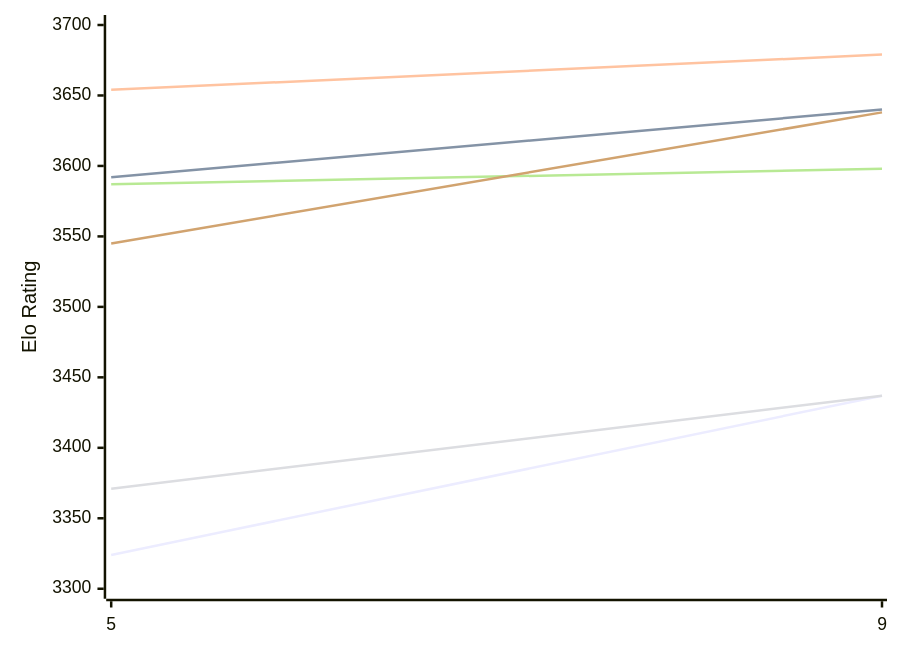
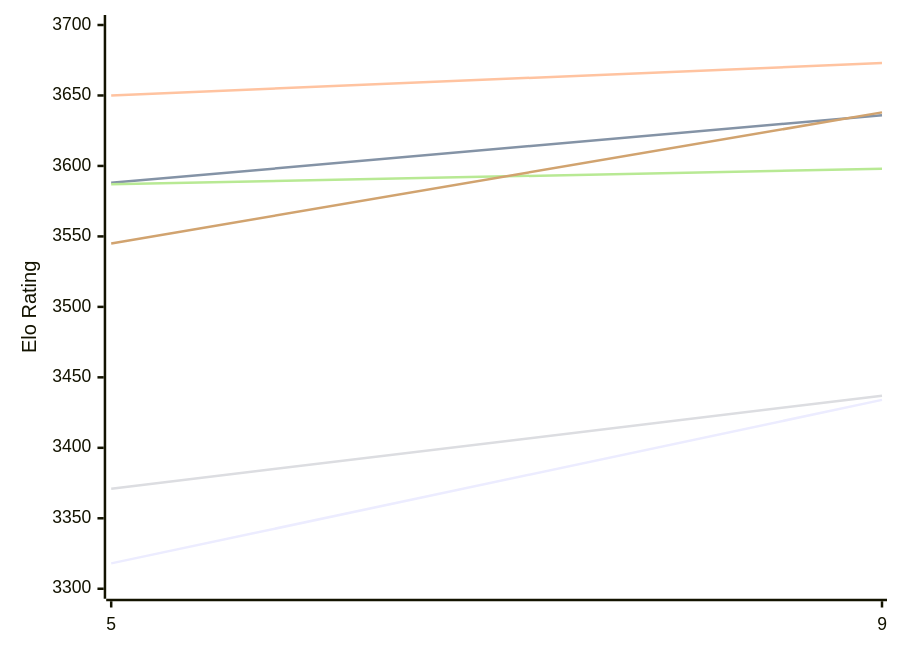
The first of 2 diagrams in engines/Crystal.md (computer-chess-index/cci), drawn with Mermaid before and after one commit. The commit also changed other lines of this file, not shown here.

Commit message:
Update CCI Ratings (ELO VLTC) - 2026-11-26

````diff
--- a/engines/Crystal.md
+++ b/engines/Crystal.md
@@ -50,12 +50,12 @@
 ```mermaid
 %%{init: {"theme":"base","themeVariables":{"seriesColors:['#a3a3a3','#222221','#faa371']}}}%%
 xychart-beta
   x-axis ["5", "9"]
   y-axis "Elo Rating" 3300 --> 3700
-  line "E1: STC (8.0+0.08s)" [3324, 3437]
-  line "E1: LTC (60.0+0.60s)" [3592, 3640]
-  line "E1: VLTC (2m24s+1.12s)" [3654, 3679]
+  line "E1: STC (8.0+0.08s)" [3318, 3434]
+  line "E1: LTC (60.0+0.60s)" [3588, 3636]
+  line "E1: VLTC (2m24s+1.12s)" [3650, 3673]
   line "P1: STC (8.0+0.08s)" [3371, 3437]
   line "P1: LTC (60.0+0.60s)" [3587, 3598]
   line "P1: VLTC (2m24s+1.12s)" [3545, 3638]
 ```
````
